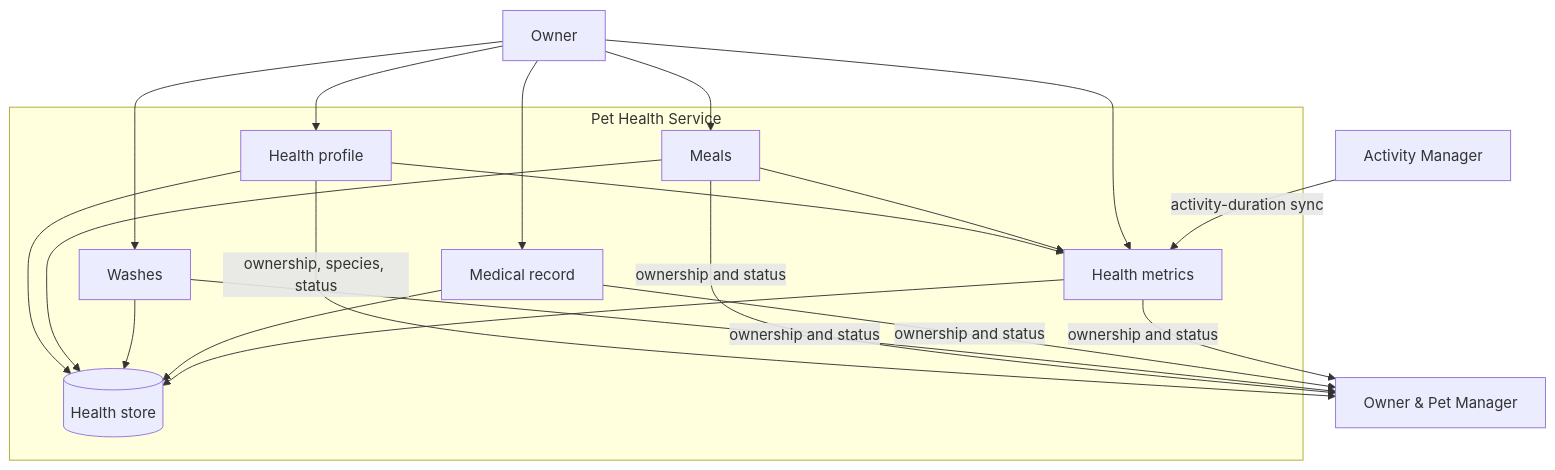
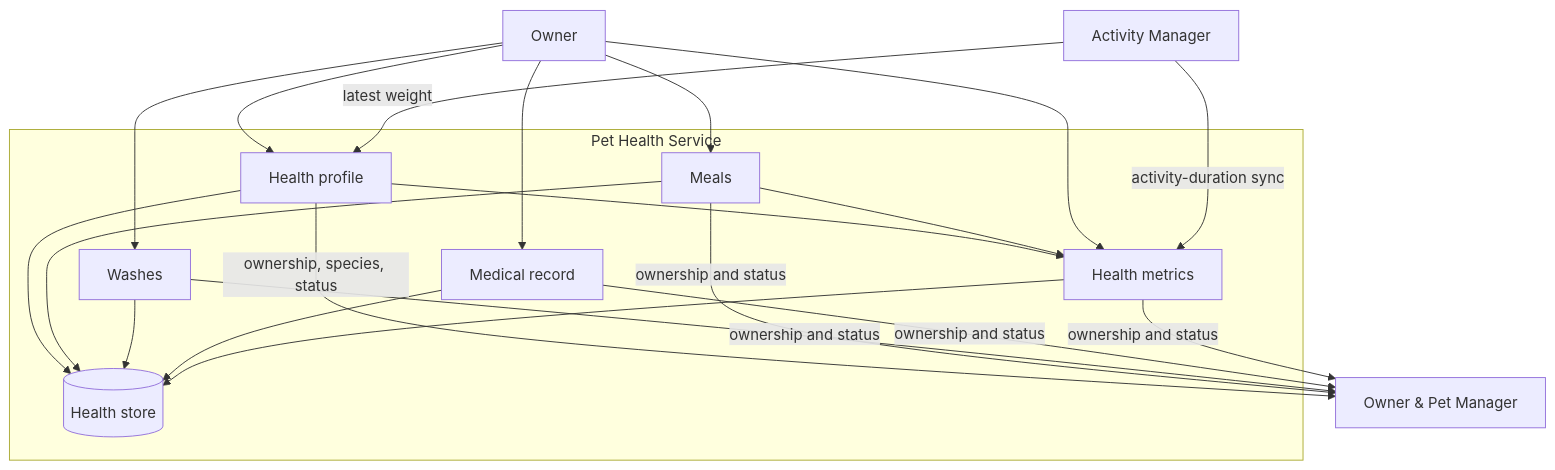
One commit to santidrj/my-pet-care-v2 changed the diagram in docs/architecture/pet-health-service.mmd. Above: the diagram before and after it, drawn with Mermaid. The commit also changed 5 other files, not shown here.

Commit message:
Refresh architecture diagrams and ADR-0002 for platform JWTs.

```diff
--- a/docs/architecture/pet-health-service.mmd
+++ b/docs/architecture/pet-health-service.mmd
@@ -1,33 +1,34 @@
 flowchart TB
   owner["Owner"]
   opm["Owner & Pet Manager"]
   am["Activity Manager"]
 
   subgraph phs ["Pet Health Service"]
     profile["Health profile"]
     meals["Meals"]
     washes["Washes"]
     medical["Medical record"]
     metrics["Health metrics"]
     store[("Health store")]
 
     profile --> metrics
     meals --> metrics
     profile --> store
     meals --> store
     washes --> store
     medical --> store
     metrics --> store
   end
 
   owner --> profile
   owner --> meals
   owner --> washes
   owner --> medical
   owner --> metrics
   profile -->|"ownership, species, status"| opm
   meals -->|"ownership and status"| opm
   washes -->|"ownership and status"| opm
   medical -->|"ownership and status"| opm
   metrics -->|"ownership and status"| opm
   am -->|"activity-duration sync"| metrics
+  am -->|"latest weight"| profile
```
